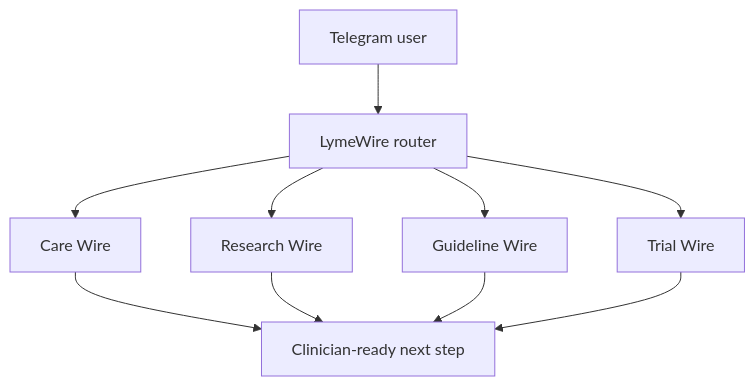
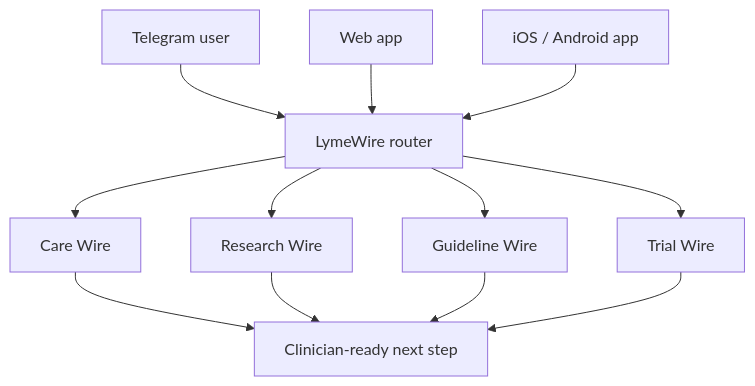
The diagram in ARCHITECTURE.md (LymeAtlasHQ/lyme-ai), drawn with Mermaid before and after one commit. The commit also changed other lines of this file and 9 other files, not shown here.

````diff
--- a/ARCHITECTURE.md
+++ b/ARCHITECTURE.md
@@ -63,12 +63,14 @@
 ```mermaid
 flowchart TD
     A["Telegram user"] --> B["LymeWire router"]
+    W["Web app"] --> B
+    M["iOS / Android app"] --> B
     B --> C["Care Wire"]
     B --> D["Research Wire"]
     B --> E["Guideline Wire"]
     B --> F["Trial Wire"]
     C --> G["Clinician-ready next step"]
     D --> G
     E --> G
     F --> G
 ```
````
